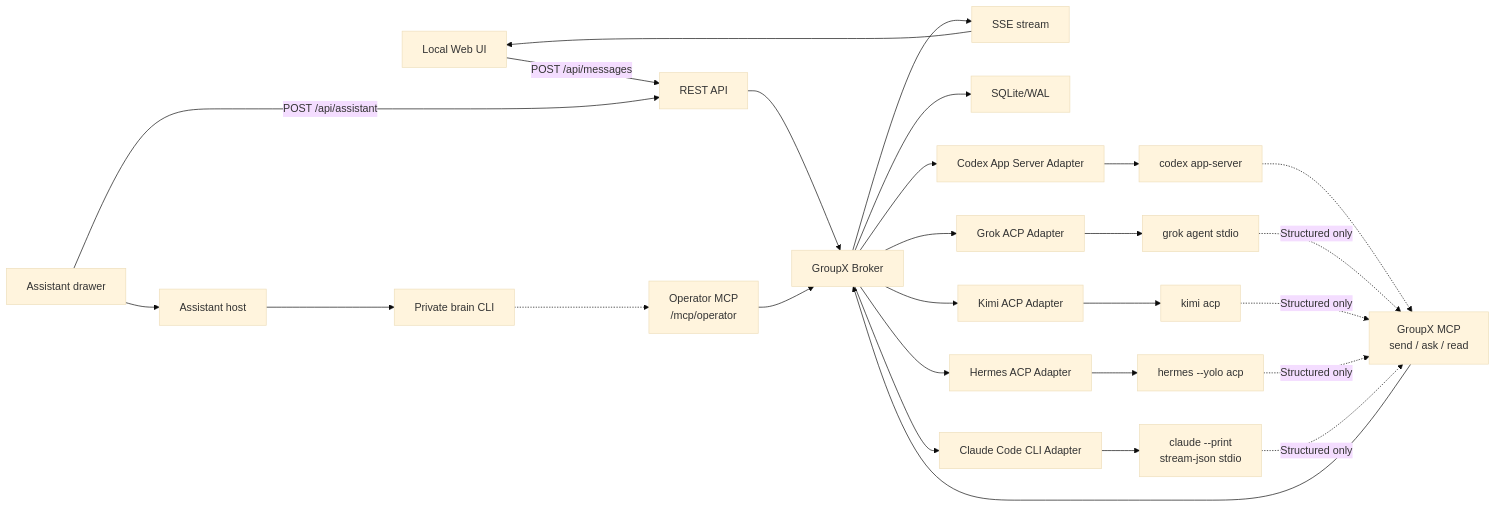
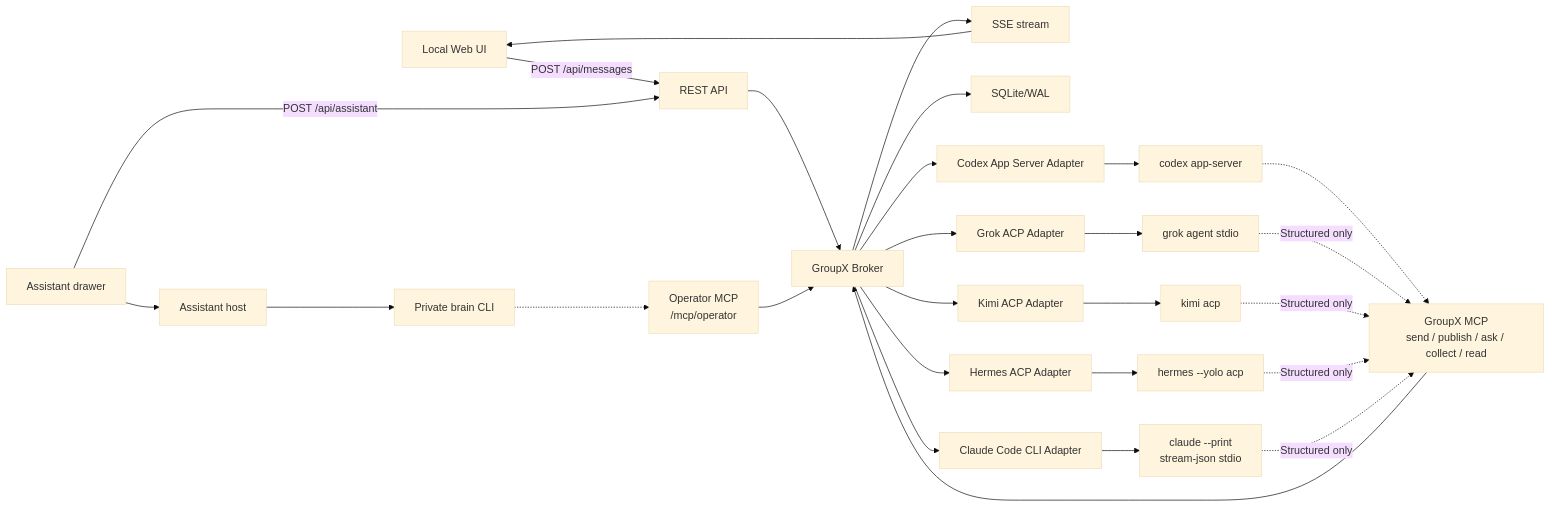
The first of 3 diagrams in docs/IMPLEMENTATION.md (susyimes/GroupX), drawn with Mermaid (base theme) before and after one commit. The commit also changed other lines of this file and 23 other files, not shown here.

````diff
--- a/docs/IMPLEMENTATION.md
+++ b/docs/IMPLEMENTATION.md
@@ -79,29 +79,29 @@
 ```mermaid
 flowchart LR
     UI["Local Web UI"] -- "POST /api/messages" --> API["REST API"]
     AssistantUI["Assistant drawer"] -- "POST /api/assistant" --> API
     SSE["SSE stream"] --> UI
     API --> Broker["GroupX Broker"]
     Broker --> SSE
     Broker --> Store["SQLite/WAL"]
     AssistantUI --> AssistantHost["Assistant host"]
     AssistantHost --> AssistantBrain["Private brain CLI"]
     AssistantBrain -.-> OperatorMCP["Operator MCP<br/>/mcp/operator"]
     OperatorMCP --> Broker
     Broker --> CodexAdapter["Codex App Server Adapter"]
     Broker --> GrokAdapter["Grok ACP Adapter"]
     Broker --> KimiAdapter["Kimi ACP Adapter"]
     Broker --> HermesAdapter["Hermes ACP Adapter"]
     Broker --> ClaudeAdapter["Claude Code CLI Adapter"]
     CodexAdapter --> CodexNative["codex app-server"]
     GrokAdapter --> GrokNative["grok agent stdio"]
     KimiAdapter --> KimiNative["kimi acp"]
     HermesAdapter --> HermesNative["hermes --yolo acp"]
     ClaudeAdapter --> ClaudeNative["claude --print<br/>stream-json stdio"]
-    CodexNative -.-> GroupXMCP["GroupX MCP<br/>send / ask / read"]
+    CodexNative -.-> GroupXMCP["GroupX MCP<br/>send / publish / ask / collect / read"]
     GrokNative -. "Structured only" .-> GroupXMCP
     KimiNative -. "Structured only" .-> GroupXMCP
     HermesNative -. "Structured only" .-> GroupXMCP
     ClaudeNative -. "Structured only" .-> GroupXMCP
     GroupXMCP --> Broker
 ```
````
